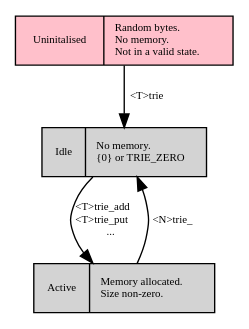
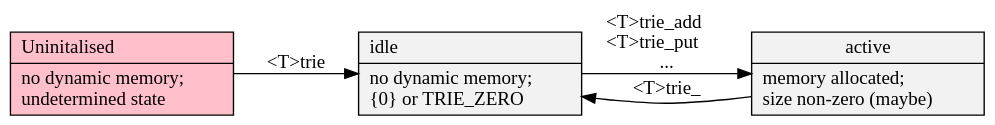
Before and after one commit to neil-edelman/boxes: the diagram in web/states.gv, drawn with Graphviz. The commit also changed 4 other files, not shown here.

```diff
--- a/web/states.gv
+++ b/web/states.gv
@@ -1,14 +1,11 @@
 digraph {
-	fontname = "Bitstream Vera Sans"
-	fontsize = 8
-	node [ fontname = "Bitstream Vera Sans" fontsize = 8 shape = "record" ]
-	edge [ fontname = "Bitstream Vera Sans" fontsize = 8 ]
-
-	node [ shape=record, style=filled ];
-	null [ label = "Uninitalised|Random bytes.\lNo memory.\lNot in a valid state.\l", fillcolor = pink ];
-	static [ label = "Idle|No memory.\l\{0\} or TRIE_ZERO\l" ];
-	dynamic [ label = "Active|Memory allocated.\lSize non-zero.\l" ];
+	graph [rankdir=LR, truecolor=true, bgcolor=transparent, fontname="Bitstream Vera Sans"];
+	node [shape=record, style=filled, fillcolor="Grey95", fontname="Bitstream Vera Sans"];
+	edge [fontname="Bitstream Vera Sans"];
+	null [ label = "Uninitalised\l|no dynamic memory;\lundetermined state\l", fillcolor = pink ];
+	static [ label = "idle\l|no dynamic memory;\l\{0\} or TRIE_ZERO\l" ];
+	dynamic [ label = "active\n|memory allocated;\lsize non-zero (maybe)\l" ];
 	null -> static [ label = "<T>trie" ];
 	static -> dynamic [ label = "<T>trie_add\l<T>trie_put\l...\n" ];
-	dynamic -> static [ label = "<N>trie_" ];
+	dynamic -> static [ label = "<T>trie_" ];
 }
```
